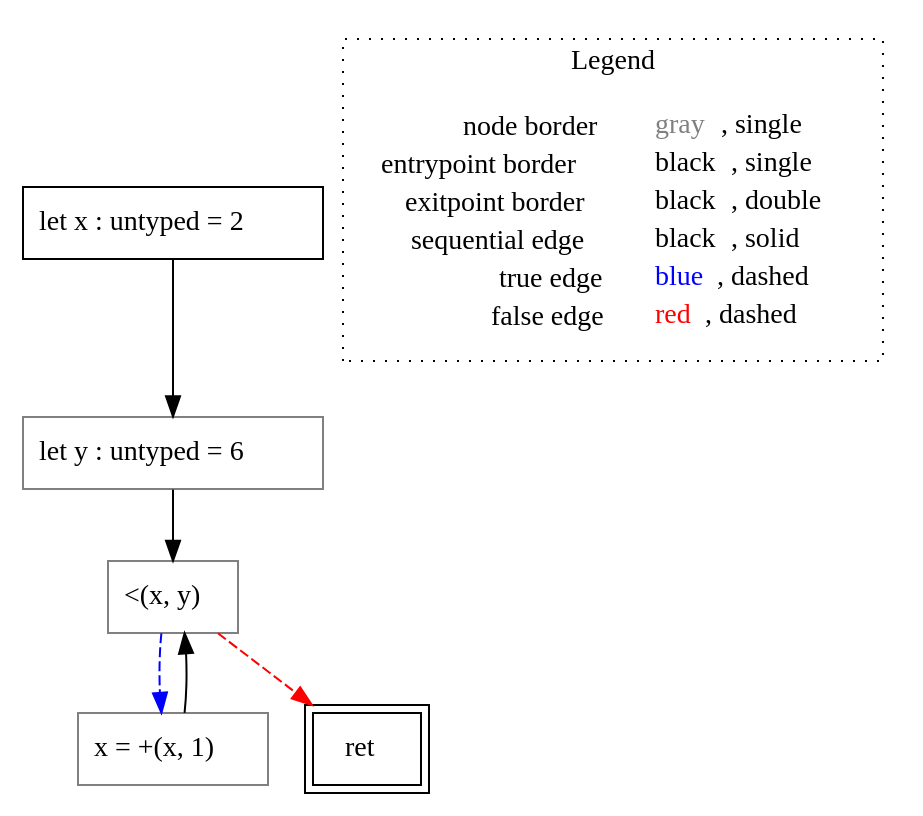
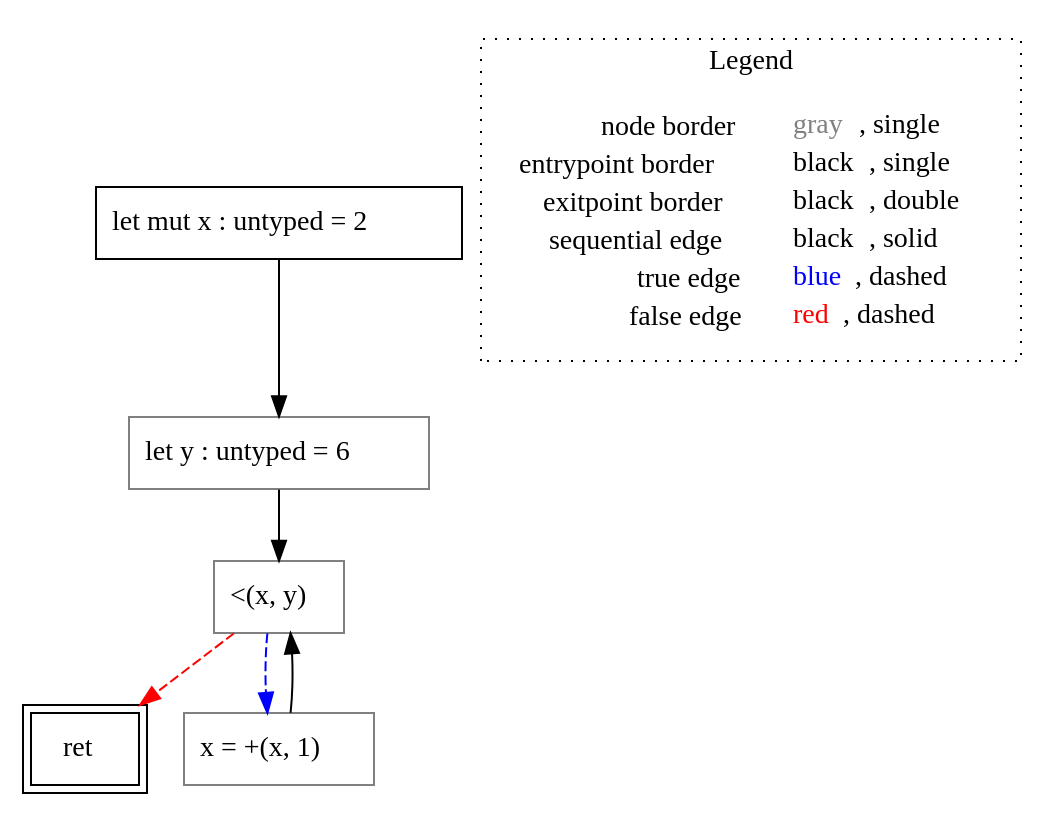
Before and after one commit to VincenzoArceri/rust-lisa: the diagram in rust-lisa/rust-testcases/cfg/while/()_rust-testcases_cfg_while_while.rs.main().dot, drawn with Graphviz. The commit also changed 29 other files, not shown here.

```diff
--- a/rust-lisa/rust-testcases/cfg/while/()_rust-testcases_cfg_while_while.rs.main().dot
+++ b/rust-lisa/rust-testcases/cfg/while/()_rust-testcases_cfg_while_while.rs.main().dot
@@ -1,19 +1,19 @@
 digraph {
-	"node0" [shape="rect",color="black",label=<let x : untyped = 2>];
+	"node0" [shape="rect",color="black",label=<let mut x : untyped = 2>];
 	"node1" [shape="rect",color="black",peripheries="2",label=<ret>];
-	"node2" [shape="rect",color="gray",label=<x = +(x, 1)>];
-	"node3" [shape="rect",color="gray",label=<let y : untyped = 6>];
-	"node4" [shape="rect",color="gray",label=<&lt;(x, y)>];
-	"node0" -> "node3" [color="black"];
-	"node2" -> "node4" [color="black"];
-	"node3" -> "node4" [color="black"];
-	"node4" -> "node1" [color="red",style="dashed"];
-	"node4" -> "node2" [color="blue",style="dashed"];
+	"node2" [shape="rect",color="gray",label=<let y : untyped = 6>];
+	"node3" [shape="rect",color="gray",label=<&lt;(x, y)>];
+	"node4" [shape="rect",color="gray",label=<x = +(x, 1)>];
+	"node2" -> "node3" [color="black"];
+	"node3" -> "node1" [color="red",style="dashed"];
+	"node3" -> "node4" [color="blue",style="dashed"];
+	"node0" -> "node2" [color="black"];
+	"node4" -> "node3" [color="black"];
 subgraph cluster_legend {
 	label="Legend";
 	style=dotted;
 	node [shape=plaintext];
 	"legend" [label=<<table border="0" cellpadding="2" cellspacing="0" cellborder="0"><tr><td align="right">node border&nbsp;</td><td align="left"><font color="gray">gray</font>, single</td></tr><tr><td align="right">entrypoint border&nbsp;</td><td align="left"><font color="black">black</font>, single</td></tr><tr><td align="right">exitpoint border&nbsp;</td><td align="left"><font color="black">black</font>, double</td></tr><tr><td align="right">sequential edge&nbsp;</td><td align="left"><font color="black">black</font>, solid</td></tr><tr><td align="right">true edge&nbsp;</td><td align="left"><font color="blue">blue</font>, dashed</td></tr><tr><td align="right">false edge&nbsp;</td><td align="left"><font color="red">red</font>, dashed</td></tr></table>>];
 }
 
 }
```
